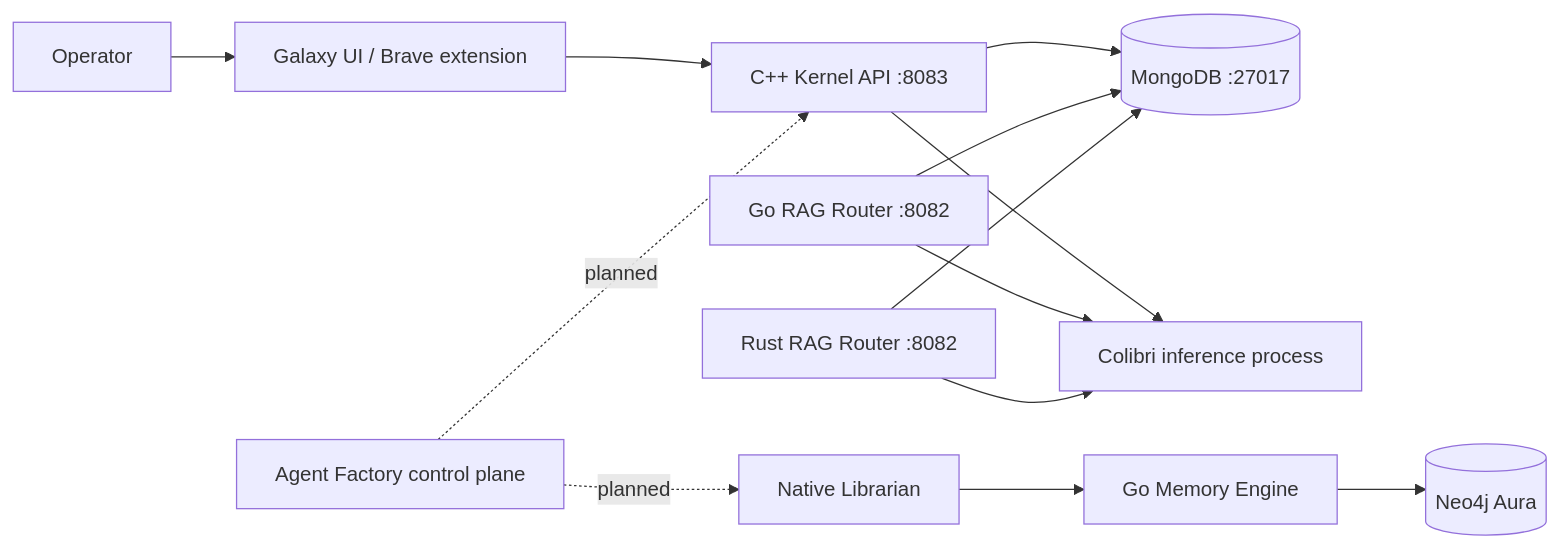
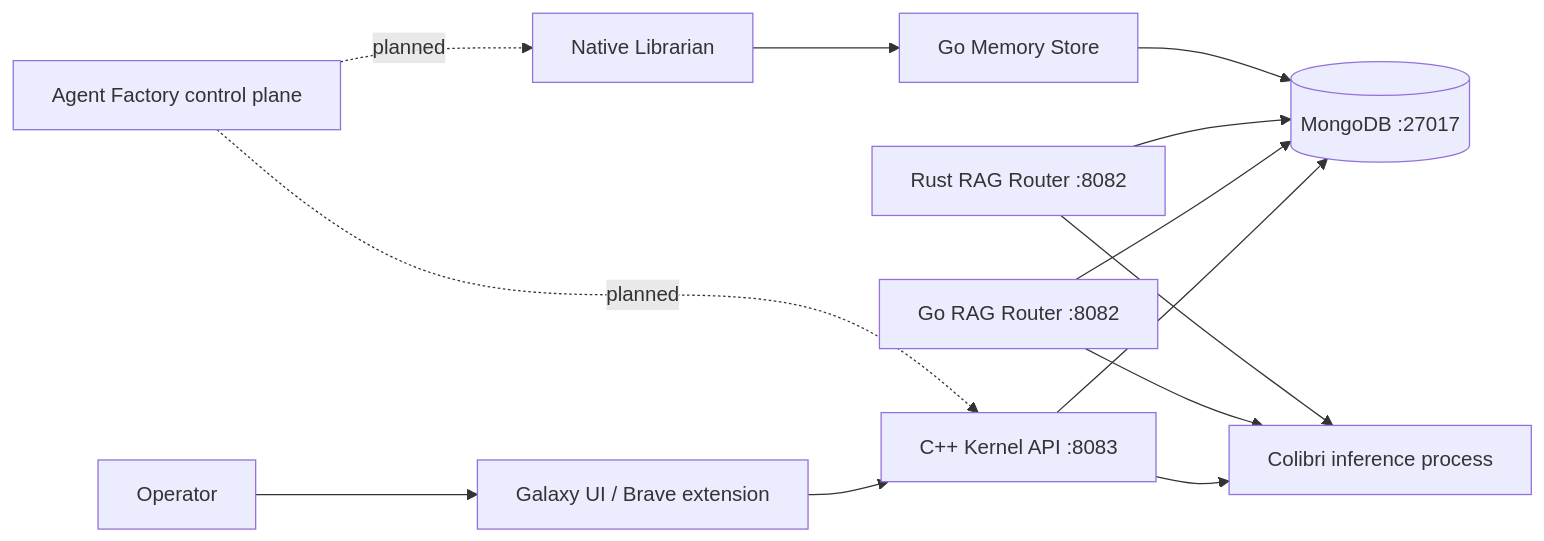
One commit to usrname1git/GodBrain changed the first of 4 diagrams in ARCHITECTURE.md. Above: the diagram before and after it, drawn with Mermaid. The commit also changed other lines of this file and 6 other files, not shown here.

````diff
--- a/ARCHITECTURE.md
+++ b/ARCHITECTURE.md
@@ -41,27 +40,26 @@
 ```mermaid
 flowchart LR
     Operator[Operator]
     UI[Galaxy UI / Brave extension]
     Kernel[C++ Kernel API :8083]
     GoRouter[Go RAG Router :8082]
     RustRouter[Rust RAG Router :8082]
     Mongo[(MongoDB :27017)]
     Colibri[Colibri inference process]
     Librarian[Native Librarian]
-    Memory[Go Memory Engine]
-    Neo4j[(Neo4j Aura)]
+    Memory[Go Memory Store]
     Factory[Agent Factory control plane]
 
     Operator --> UI
     UI --> Kernel
     Kernel --> Mongo
     Kernel --> Colibri
     GoRouter --> Mongo
     GoRouter --> Colibri
     RustRouter --> Mongo
     RustRouter --> Colibri
     Librarian --> Memory
-    Memory --> Neo4j
+    Memory --> Mongo
     Factory -. planned .-> Kernel
     Factory -. planned .-> Librarian
 ```
````
